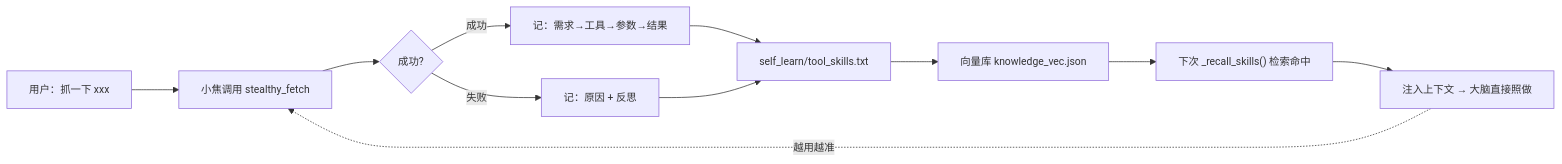
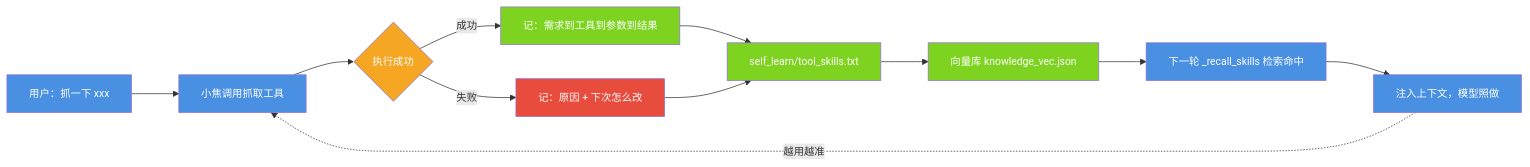
The fourth of 5 diagrams in docs/scrapling.md (jiangchuangege/xiaojiao-harnees), drawn with Mermaid before and after one commit. The commit also changed other lines of this file and 51 other files, not shown here.

````diff
--- a/docs/scrapling.md
+++ b/docs/scrapling.md
@@ -355,14 +528,23 @@
 ```mermaid
 %%{init: {"themeVariables": {"fontSize": "14px"}, "flowchart": {"htmlLabels": true, "wrappingWidth": 320, "nodeSpacing": 46, "rankSpacing": 64, "useMaxWidth": true}}}%%
 flowchart LR
-    A["用户：抓一下 xxx"] --> B["小焦调用 stealthy_fetch"]
-    B --> C{"成功?"}
-    C -->|成功| D["记：需求→工具→参数→结果"]
-    C -->|失败| E["记：原因 + 反思"]
+    A["用户：抓一下 xxx"] --> B["小焦调用抓取工具"]
+    B --> C{"执行成功"}
+    C -->|"成功"| D["记：需求到工具到参数到结果"]
+    C -->|"失败"| E["记：原因 + 下次怎么改"]
     D --> F["self_learn/tool_skills.txt"]
     E --> F
     F --> G["向量库 knowledge_vec.json"]
-    G --> H["下次 _recall_skills() 检索命中"]
-    H --> I["注入上下文 → 大脑直接照做"]
-    I -. 越用越准 .-> B
+    G --> H["下一轮 _recall_skills 检索命中"]
+    H --> I["注入上下文，模型照做"]
+    I -.->|"越用越准"| B
+    style A fill:#4A90E2,color:#fff
+    style B fill:#4A90E2,color:#fff
+    style C fill:#F5A623,color:#fff
+    style D fill:#7ED321,color:#fff
+    style E fill:#E74C3C,color:#fff
+    style F fill:#7ED321,color:#fff
+    style G fill:#7ED321,color:#fff
+    style H fill:#4A90E2,color:#fff
+    style I fill:#4A90E2,color:#fff
 ```
````
